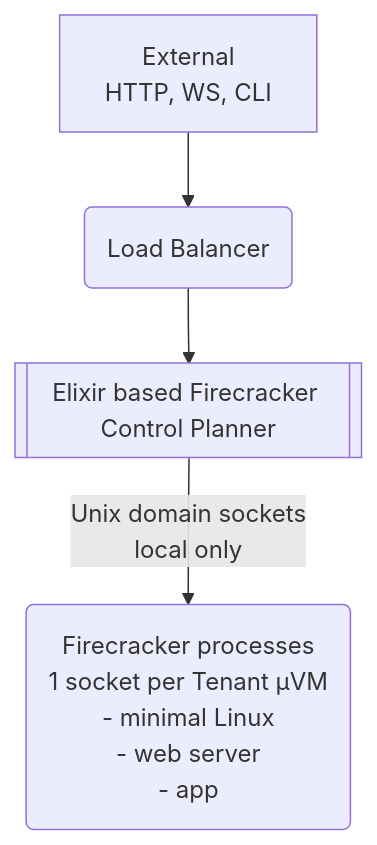
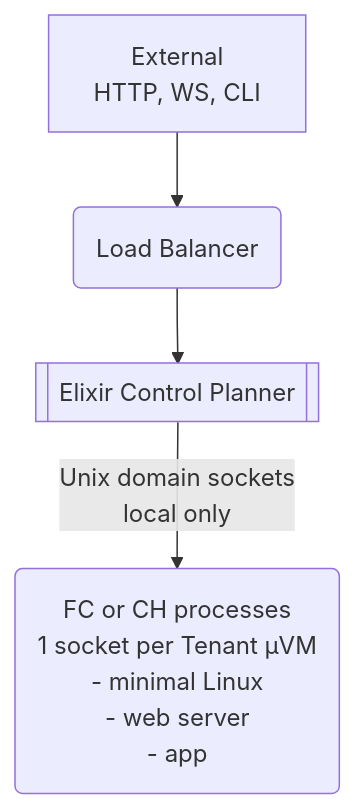
Before and after one commit to ndrean/microvm-control-planner: the first of 2 diagrams in README.md, drawn with Mermaid. The commit also changed other lines of this file, not shown here.

````diff
--- a/README.md
+++ b/README.md
@@ -10,6 +9,6 @@
 ```mermaid
 flowchart TD
     A[External<br> HTTP, WS, CLI] --> LB(Load Balancer)
-    LB -->E[[Elixir based Firecracker Control Planner]]
-    E  --> |Unix domain sockets <br>local only|F(Firecracker processes<br>1 socket per Tenant µVM<br>- minimal Linux<br>- web server<br>- app)
+    LB -->E[[Elixir Control Planner]]
+    E  --> |Unix domain sockets <br>local only|F(FC or CH processes<br>1 socket per Tenant µVM<br>- minimal Linux<br>- web server<br>- app)
 ```
````
